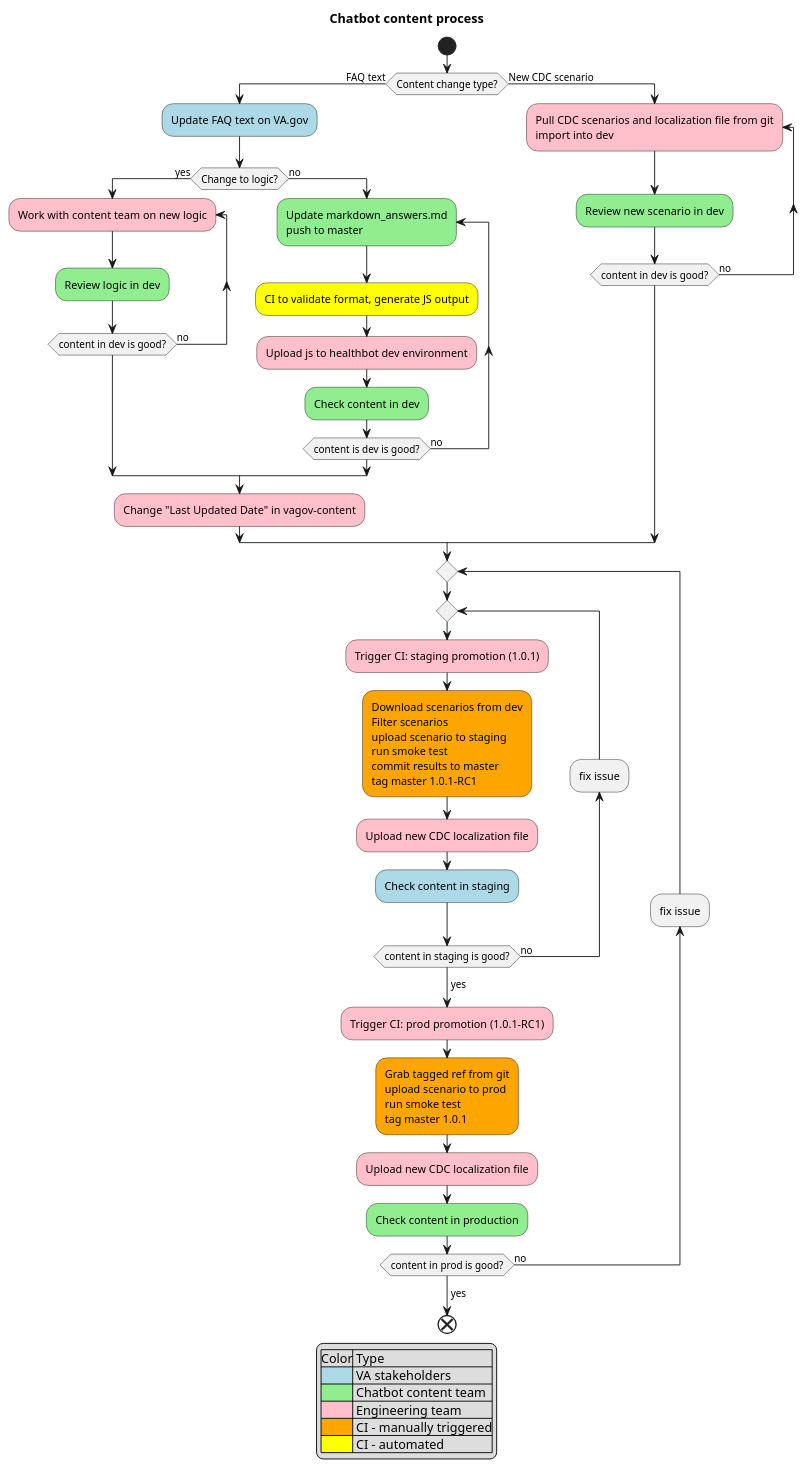
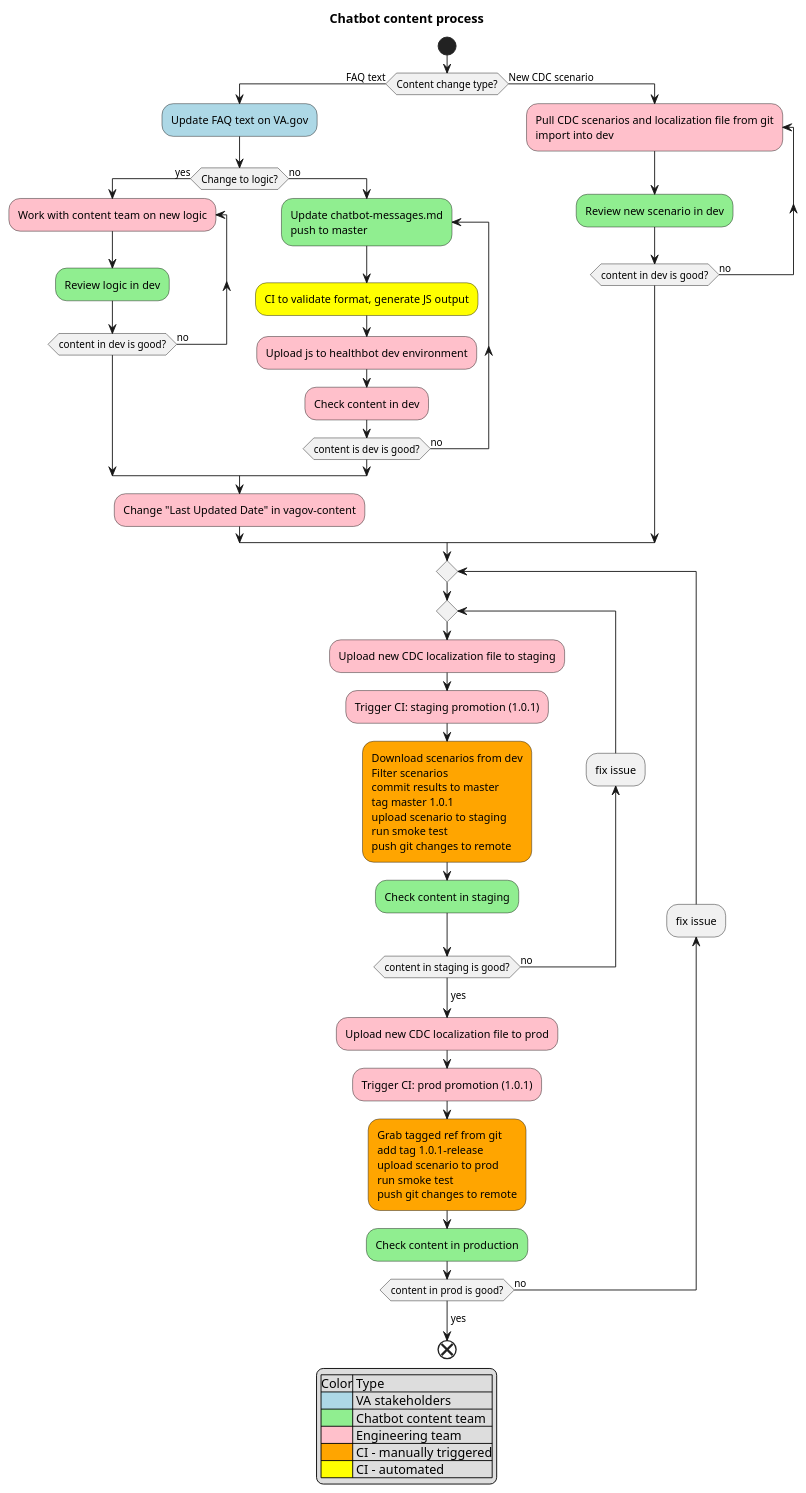
One commit to department-of-veterans-affairs/va.gov-team changed the diagram in content-process.puml. Above: the diagram before and after it, drawn with PlantUML. The commit also changed 3 other files, not shown here.

```diff
--- a/content-process.puml
+++ b/content-process.puml
@@ -1,68 +1,70 @@
 @startuml
 
 title Chatbot content process
 skinparam ConditionEndStyle hline
 
 start
 
 if (Content change type?) then (FAQ text)
   #lightblue:Update FAQ text on VA.gov;
   if (Change to logic?) then (yes)
     #pink:repeat :Work with content team on new logic;
       'Update dev scenario;
       #lightgreen:Review logic in dev;
     repeat while (content in dev is good?) is (no)
   else (no)
-      #lightgreen:repeat :Update markdown_answers.md\npush to master;
+      #lightgreen:repeat :Update chatbot-messages.md\npush to master;
         #yellow:CI to validate format, generate JS output;
         #pink:Upload js to healthbot dev environment;
-        #lightgreen:Check content in dev;
+        #pink:Check content in dev;
       repeat while (content is dev is good?) is (no)
       ->yes;
   endif
   #pink:Change "Last Updated Date" in vagov-content;
 else (New CDC scenario)
   #pink:repeat :Pull CDC scenarios and localization file from git\nimport into dev;
   #lightgreen:Review new scenario in dev;
   repeat while (content in dev is good?) is (no)
 endif
 
 repeat
 
   repeat
+    #pink:Upload new CDC localization file to staging;
     #pink:Trigger CI: staging promotion (1.0.1);
     #orange:Download scenarios from dev
     Filter scenarios
+    commit results to master
+    tag master 1.0.1
     upload scenario to staging
     run smoke test
-    commit results to master
-    tag master 1.0.1-RC1;
-    #pink:Upload new CDC localization file;
-    #lightblue:Check content in staging;
+    push git changes to remote;
+    #lightgreen:Check content in staging;
     backward:fix issue;
   repeat while (content in staging is good?) is (no)
   ->yes;
 
-  #pink:Trigger CI: prod promotion (1.0.1-RC1);
+  #pink:Upload new CDC localization file to prod;
+  #pink:Trigger CI: prod promotion (1.0.1);
   #orange:Grab tagged ref from git
+  add tag 1.0.1-release
   upload scenario to prod
   run smoke test
-  tag master 1.0.1;
-  #pink:Upload new CDC localization file;
+  push git changes to remote;
   #lightgreen:Check content in production;
   backward:fix issue;
 repeat while (content in prod is good?) is (no)
 ->yes;
 
 end
 
 legend center
     |Color| Type |
     |<#lightblue> | VA stakeholders |
     |<#lightgreen>| Chatbot content team|
     |<#pink>| Engineering team|
     |<#orange>| CI - manually triggered|
     |<#yellow>| CI - automated|
 endlegend
 
 @enduml
```
